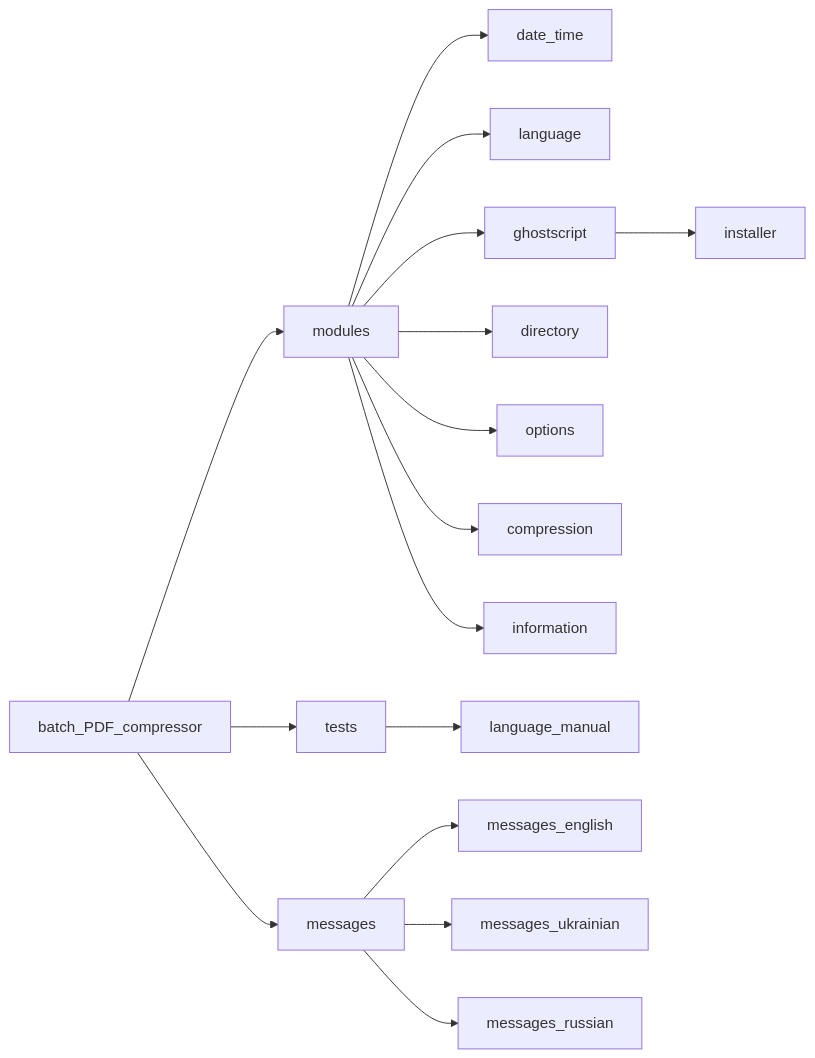
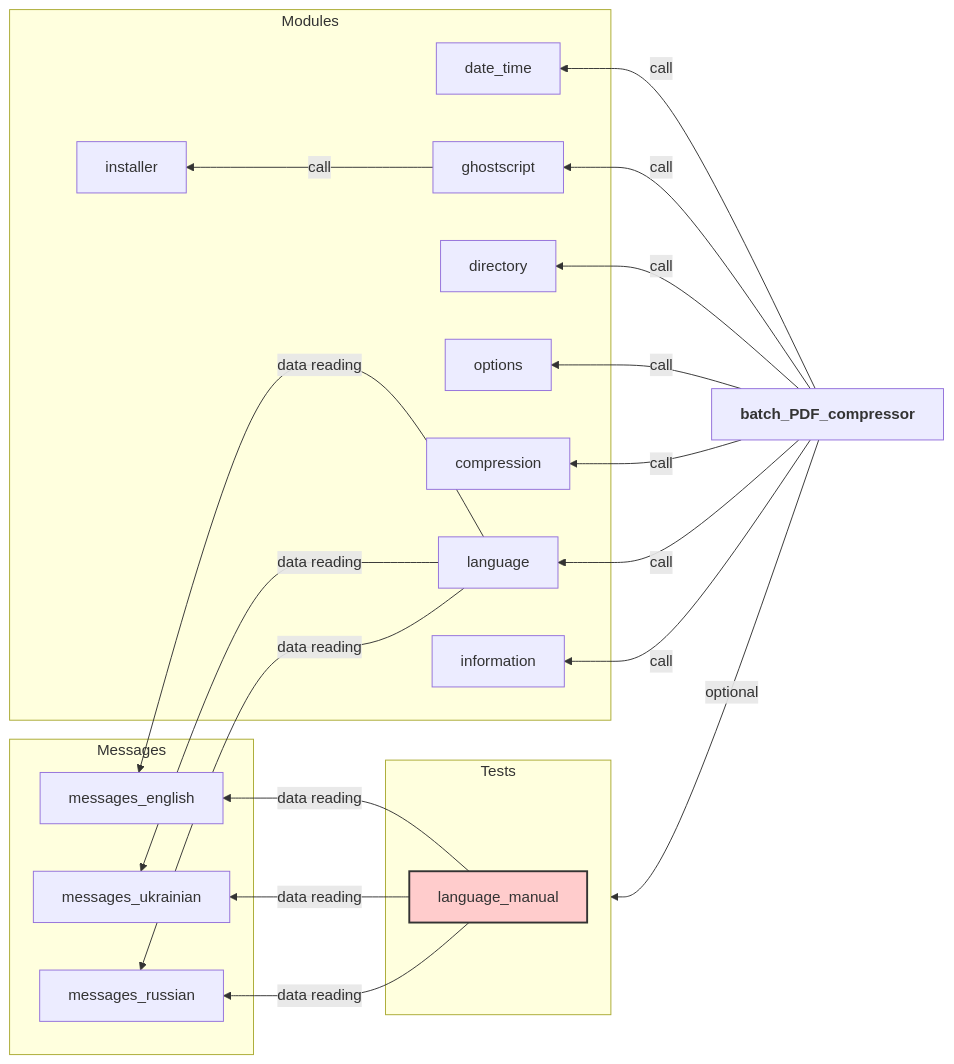
One commit to sergeiown/batch_PDF_compressor changed the diagram in README.md. Above: the diagram before and after it, drawn with Mermaid. The commit also changed other lines of this file, not shown here.

````diff
--- a/README.md
+++ b/README.md
@@ -15,21 +19,43 @@
 ```mermaid
-graph LR;
-    A[batch_PDF_compressor] --> B[modules]
-    A --> C[tests]
-    A --> D[messages]
-   
-    B --> B1[date_time]
-    B --> B2[language]
-    B --> B3[ghostscript]
-    B --> B4[directory]
-    B --> B5[options]
-    B --> B6[compression]
-    B --> B7[information]
-    B3 --> B8[installer]
+graph RL;
+    style A font-weight:bold;
+    A[batch_PDF_compressor] 
 
-    C --> C1[language_manual]
+    A -->|call| B1[date_time]
+    A -->|call| B2[ghostscript]
+    A -->|call| B3[directory]
+    A -->|call| B4[options]
+    A -->|call| B5[compression]
+    A -->|call| B6[language]
+    A -->|call| B7[information]
+    A -->|optional| Tests
 
-    D --> D1[messages_english]
-    D --> D2[messages_ukrainian]
-    D --> D3[messages_russian]
+    subgraph Modules
+        B1[date_time]
+        B2[ghostscript]
+        B3[directory]
+        B4[options]
+        B5[compression]
+        B6[language]
+        B7[information]
+        B2 -->|call| B8[installer]
+    end
+
+    subgraph Tests
+        C1[language_manual]
+        style C1 fill:#ffcccc,stroke:#333,stroke-width:2px;
+    end
+
+    subgraph Messages
+        D1[messages_english]
+        D2[messages_ukrainian]
+        D3[messages_russian]
+    end
+
+    B6 -->|data reading| D1
+    B6 -->|data reading| D2
+    B6 -->|data reading| D3
+    C1 -->|data reading| D1
+    C1 -->|data reading| D2
+    C1 -->|data reading| D3
 ```
````
